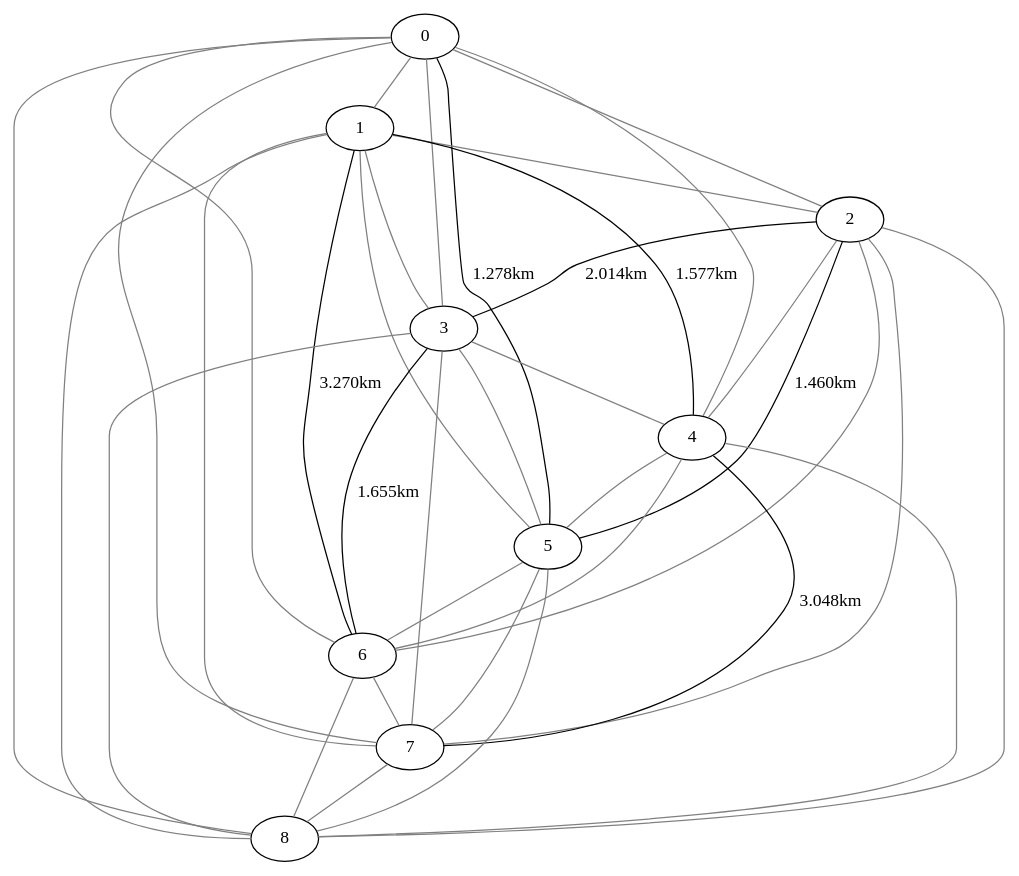
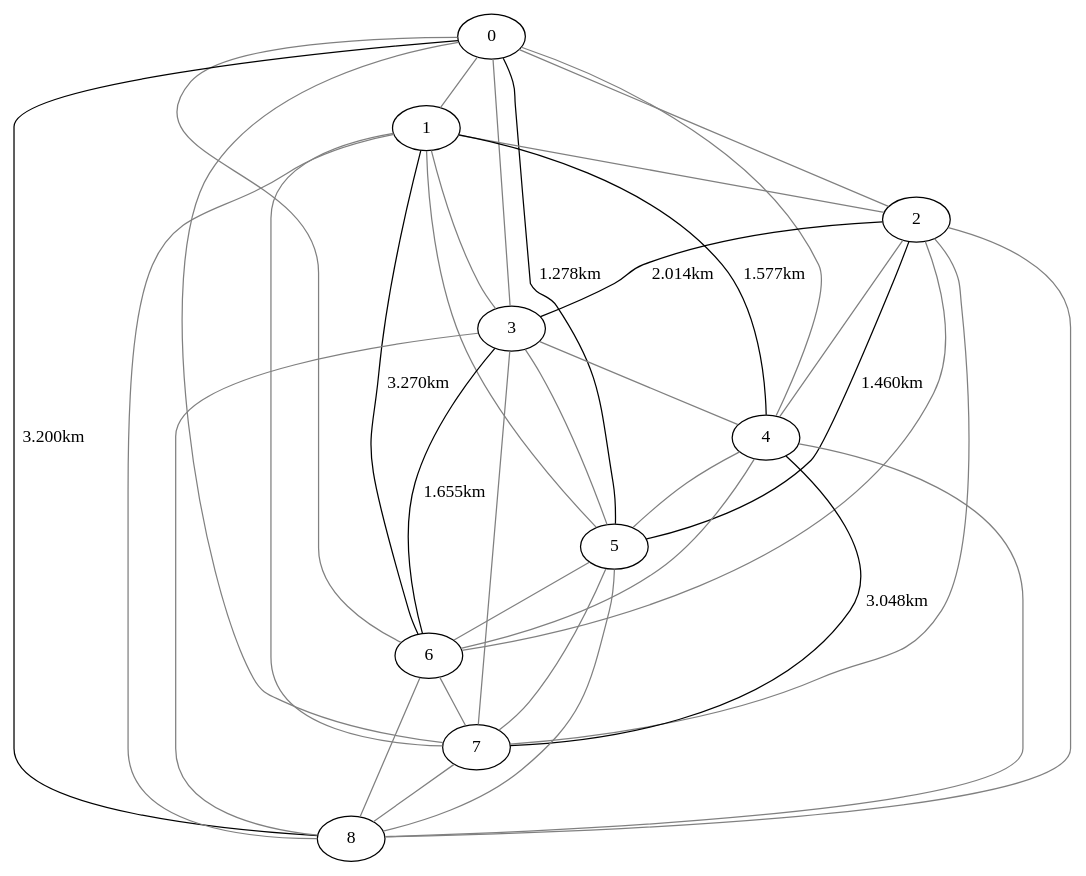
The diagram in bin/OUTPUT/01-C06F1M3_solucao_pcv.dot (RenatoMoraesUFES/MCVRPIRFTW), drawn with Graphviz before and after one commit. The commit also changed 7 other files, not shown here.

Commit message:
correcoes no graphviz

```diff
--- a/bin/OUTPUT/01-C06F1M3_solucao_pcv.dot
+++ b/bin/OUTPUT/01-C06F1M3_solucao_pcv.dot
@@ -1,38 +1,38 @@
 strict graph {
 0--1 [color=grey];
 0--2 [color=grey];
 0--3 [color=grey];
 0--4 [color=grey];
 0--5 [label =  "1.278km"];
 0--6 [color=grey];
 0--7 [color=grey];
-0--8 [color=grey];
+0--8 [label =  "3.200km"];
 1--2 [color=grey];
 1--3 [color=grey];
 1--4 [label =  "1.577km"];
 1--5 [color=grey];
 1--6 [label = "3.270km"];
 1--7 [color=grey];
 1--8 [color=grey];
 2--3 [label =  "2.014km"];
 2--4 [color=grey];
 2--5 [label = "1.460km"];
 2--6 [color=grey];
 2--7 [color=grey];
 2--8 [color=grey];
 3--4 [color=grey];
 3--5 [color=grey];
 3--6 [label =  "1.655km"];
 3--7 [color=grey];
 3--8 [color=grey];
 4--5 [color=grey];
 4--6 [color=grey];
 4--7 [label =  "3.048km"];
 4--8 [color=grey];
 5--6 [color=grey];
 5--7 [color=grey];
 5--8 [color=grey];
 6--7 [color=grey];
 6--8 [color=grey];
 7--8 [color=grey];
 }
```
